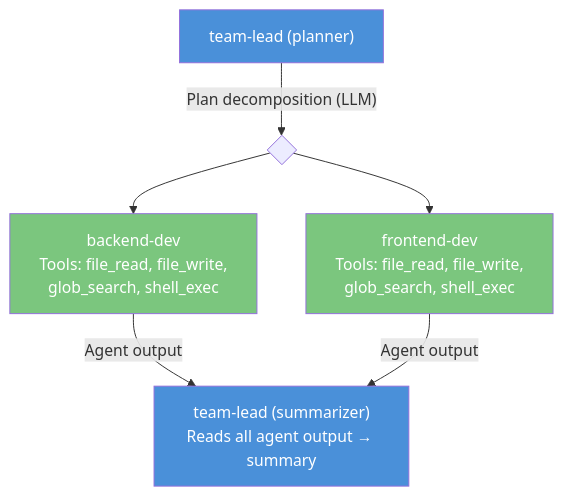
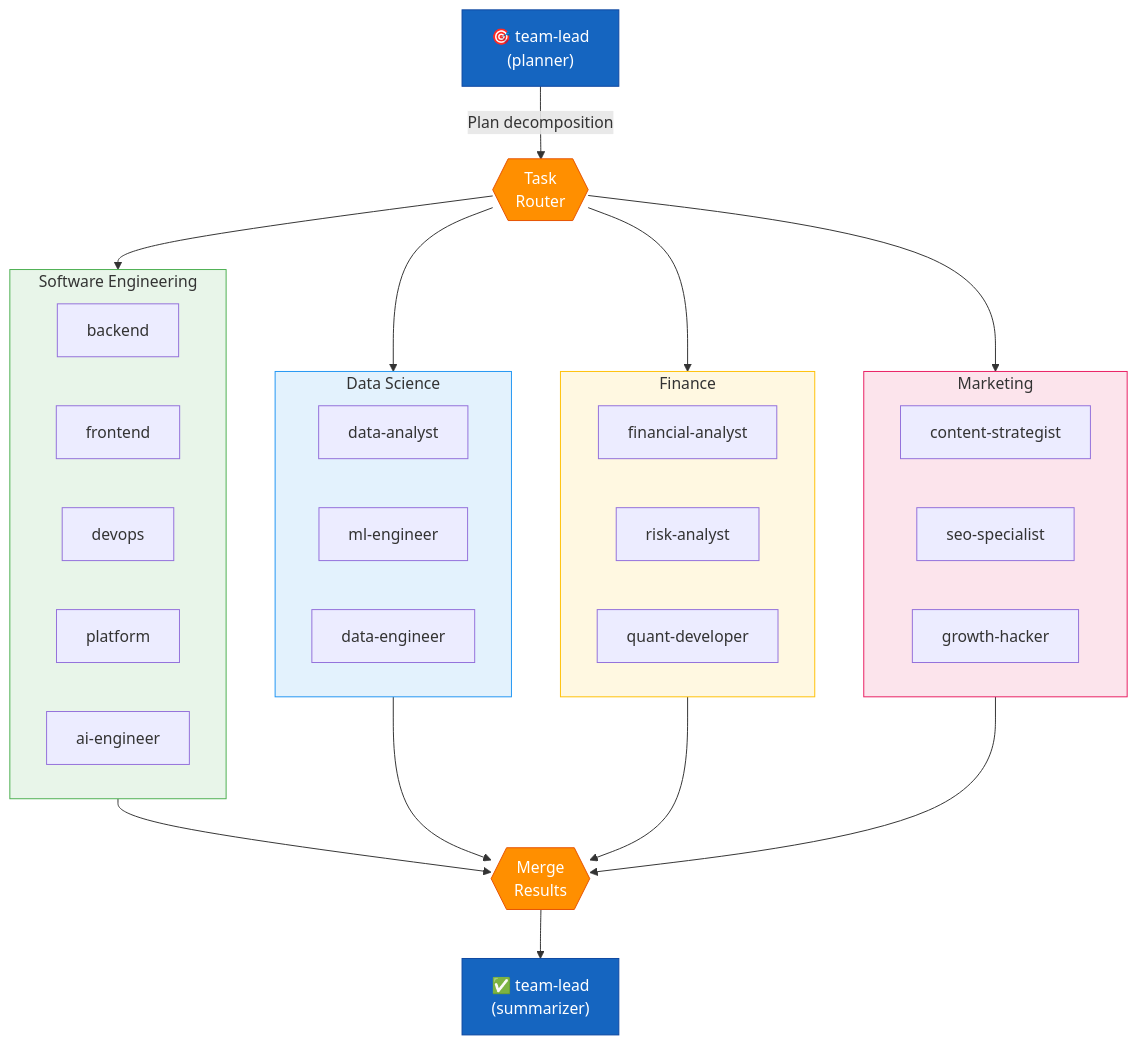
Before and after one commit to pjcau/agent-orchestrator: the fourth of 6 diagrams in docs/website/docs/architecture/components.md, drawn with Mermaid. The commit also changed other lines of this file, not shown here.

First line of the commit message:
docs: improve component interaction diagrams for clarity and completeness

````diff
--- a/docs/website/docs/architecture/components.md
+++ b/docs/website/docs/architecture/components.md
@@ -137,13 +194,58 @@
 ```mermaid
 graph TD
-    TL1["team-lead (planner)"] -->|"Plan decomposition (LLM)"| SPLIT{" "}
-    SPLIT --> BE["backend-dev<br/>Tools: file_read, file_write,<br/>glob_search, shell_exec"]
-    SPLIT --> FE["frontend-dev<br/>Tools: file_read, file_write,<br/>glob_search, shell_exec"]
-    BE -->|"Agent output"| TL2["team-lead (summarizer)<br/>Reads all agent output → summary"]
-    FE -->|"Agent output"| TL2
+    TL1["🎯 team-lead<br/>(planner)"]
 
-    style TL1 fill:#4a90d9,color:#fff
-    style TL2 fill:#4a90d9,color:#fff
-    style BE fill:#7bc67e,color:#fff
-    style FE fill:#7bc67e,color:#fff
+    TL1 -->|"Plan decomposition"| SPLIT{{"Task<br/>Router"}}
+
+    subgraph SW["Software Engineering"]
+        direction LR
+        BE["backend"]
+        FE["frontend"]
+        DV["devops"]
+        PE["platform"]
+        AI["ai-engineer"]
+    end
+
+    subgraph DS["Data Science"]
+        direction LR
+        DA["data-analyst"]
+        ML["ml-engineer"]
+        DE["data-engineer"]
+    end
+
+    subgraph FN["Finance"]
+        direction LR
+        FA["financial-analyst"]
+        RA["risk-analyst"]
+        QD["quant-developer"]
+    end
+
+    subgraph MK["Marketing"]
+        direction LR
+        CS["content-strategist"]
+        SE["seo-specialist"]
+        GH["growth-hacker"]
+    end
+
+    SPLIT --> SW
+    SPLIT --> DS
+    SPLIT --> FN
+    SPLIT --> MK
+
+    SW --> JOIN{{"Merge<br/>Results"}}
+    DS --> JOIN
+    FN --> JOIN
+    MK --> JOIN
+
+    JOIN --> TL2["✅ team-lead<br/>(summarizer)"]
+
+    %% Styles
+    style TL1 fill:#1565c0,color:#fff,stroke:#0d47a1
+    style TL2 fill:#1565c0,color:#fff,stroke:#0d47a1
+    style SPLIT fill:#ff8f00,color:#fff,stroke:#e65100
+    style JOIN fill:#ff8f00,color:#fff,stroke:#e65100
+    style SW fill:#e8f5e9,stroke:#4caf50
+    style DS fill:#e3f2fd,stroke:#2196f3
+    style FN fill:#fff8e1,stroke:#ffc107
+    style MK fill:#fce4ec,stroke:#e91e63
 ```
````
